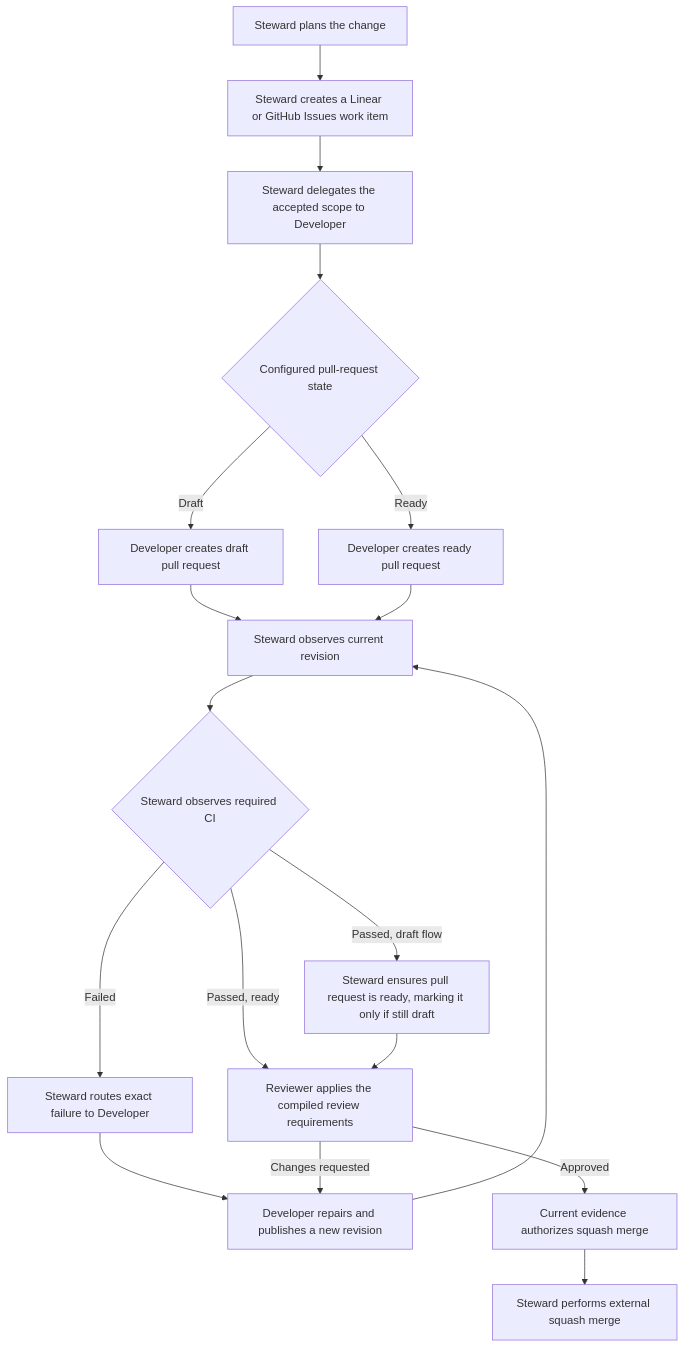
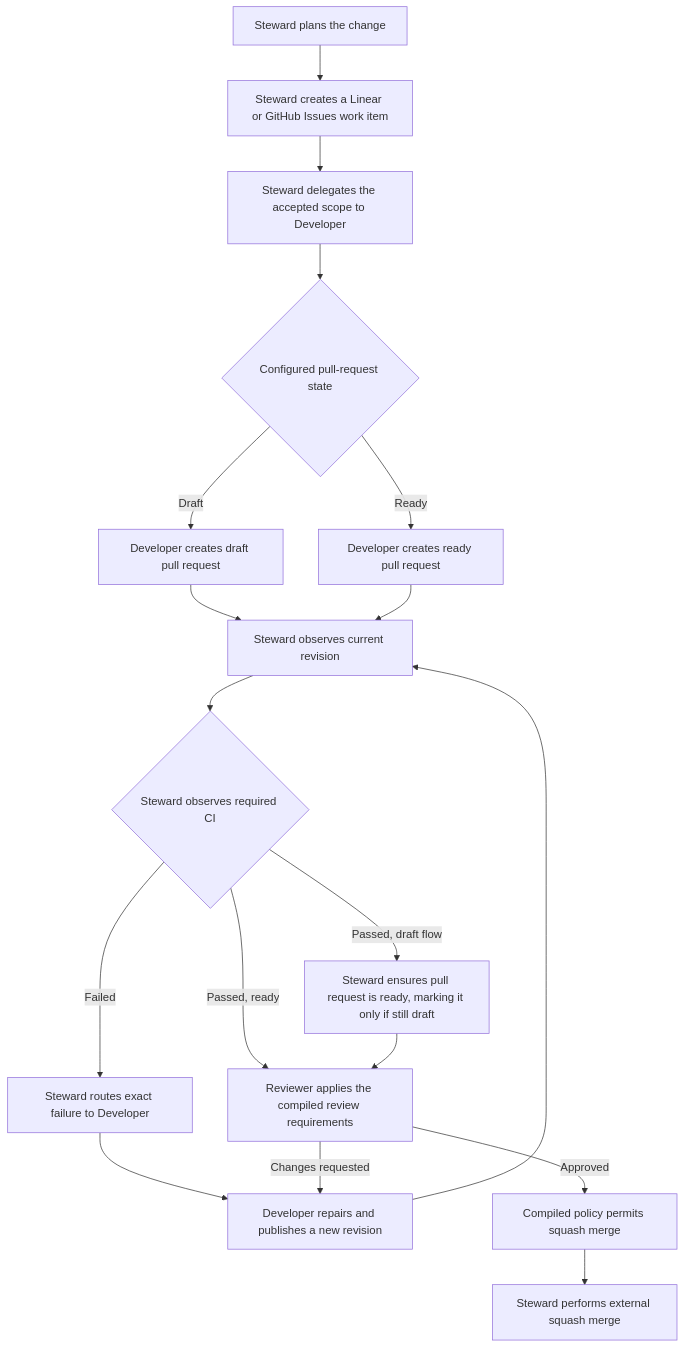
One commit to lorekkusu/agentdevflow changed the diagram in docs/development/issue-to-reviewed-pull-request.md. Above: the diagram before and after it, drawn with Mermaid. The commit also changed other lines of this file and 22 other files, not shown here.

````diff
--- a/docs/development/issue-to-reviewed-pull-request.md
+++ b/docs/development/issue-to-reviewed-pull-request.md
@@ -31,20 +31,20 @@
 ```mermaid
 flowchart TD
     Plan["Steward plans the change"] --> Issue["Steward creates a Linear or GitHub Issues work item"]
     Issue --> Delegate["Steward delegates the accepted scope to Developer"]
     Delegate --> Initial{"Configured pull-request state"}
     Initial -->|Draft| Draft["Developer creates draft pull request"]
     Initial -->|Ready| Ready["Developer creates ready pull request"]
     Draft --> Observe["Steward observes current revision"]
     Ready --> Observe
     Observe --> CI{"Steward observes required CI"}
     CI -->|Failed| Route["Steward routes exact failure to Developer"]
     Route --> Repair["Developer repairs and publishes a new revision"]
     Repair --> Observe
     CI -->|Passed, draft flow| EnsureReady["Steward ensures pull request is ready, marking it only if still draft"]
     CI -->|Passed, ready| Review["Reviewer applies the compiled review requirements"]
     EnsureReady --> Review
     Review -->|Changes requested| Repair
-    Review -->|Approved| Authorize["Current evidence authorizes squash merge"]
+    Review -->|Approved| Authorize["Compiled policy permits squash merge"]
     Authorize --> Merge["Steward performs external squash merge"]
 ```
````
